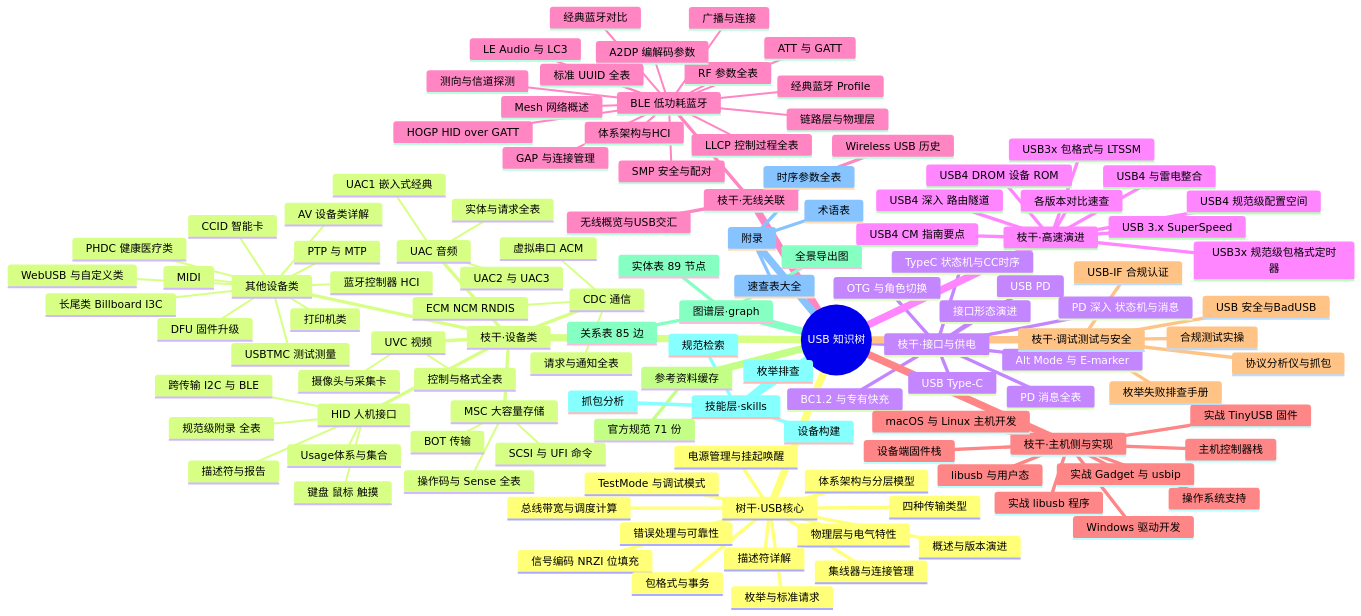
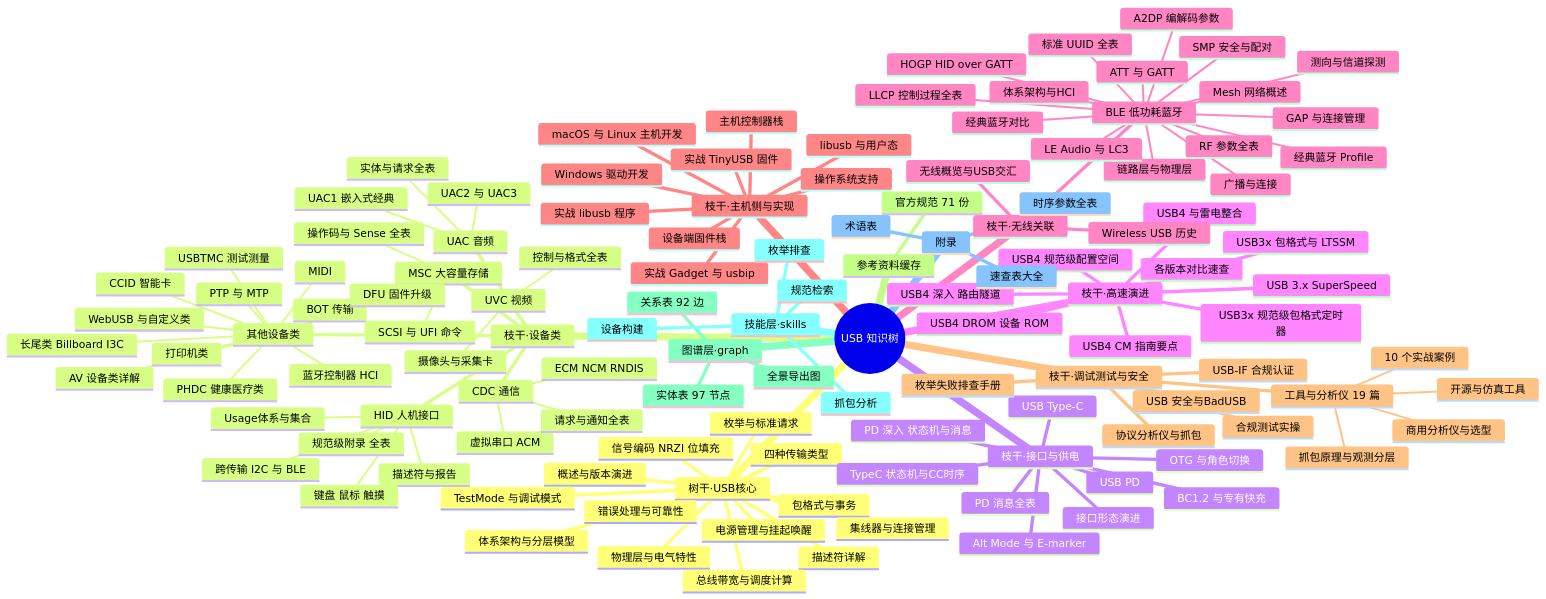
The first of 2 diagrams in 00-知识树总图.md (tangjianfang/USBTree), drawn with Mermaid before and after one commit. The commit also changed other lines of this file and 26 other files, not shown here.

First line of the commit message:
feat(70): 新增「工具与分析仪」分枝（19 篇：抓包原理/商用与开源分析仪/PD 与电气仪器/对比选型/软件工具/仿真虚拟化 + 10 个实战案例）

```diff
--- a/00-知识树总图.md
+++ b/00-知识树总图.md
@@ -127,11 +127,16 @@
       USB-IF 合规认证
       USB 安全与BadUSB
       合规测试实操
+      工具与分析仪 19 篇
+        抓包原理与观测分层
+        商用分析仪与选型
+        开源与仿真工具
+        10 个实战案例
     参考资料缓存
       官方规范 71 份
     图谱层·graph
-      实体表 89 节点
-      关系表 85 边
+      实体表 97 节点
+      关系表 92 边
       全景导出图
     技能层·skills
       枚举排查
```
